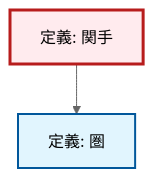
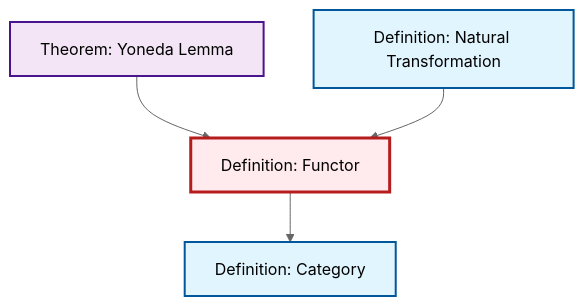
One commit to RK0429/ModernMath changed the diagram in content/ja/category-theory/def-functor.qmd. Above: the diagram before and after it, drawn with Mermaid (neutral theme). The commit also changed 203 other files, not shown here.

````diff
--- a/content/ja/category-theory/def-functor.qmd
+++ b/content/ja/category-theory/def-functor.qmd
@@ -49,15 +49,17 @@
 ```{mermaid}
-%%| fig-cap: "局所依存関係グラフ"
+%%| fig-cap: "Local dependency graph"
 graph TD
     classDef definition fill:#e1f5fe,stroke:#01579b,stroke-width:2px
     classDef theorem fill:#f3e5f5,stroke:#4a148c,stroke-width:2px
     classDef axiom fill:#fff3e0,stroke:#e65100,stroke-width:2px
     classDef example fill:#e8f5e9,stroke:#1b5e20,stroke-width:2px
     classDef current fill:#ffebee,stroke:#b71c1c,stroke-width:3px
-    def-functor["定義: 関手"]:::definition
-    def-category["定義: 圏"]:::definition
+    def-category["Definition: Category"]:::definition
+    thm-yoneda["Theorem: Yoneda Lemma"]:::theorem
+    def-natural-transformation["Definition: Natural Transformation"]:::definition
+    def-functor["Definition: Functor"]:::definition
+    thm-yoneda --> def-functor
     def-functor --> def-category
+    def-natural-transformation --> def-functor
     class def-functor current
-
-    click def-category "def-category.html" "Go to 定義: 圏"
 ```
````
